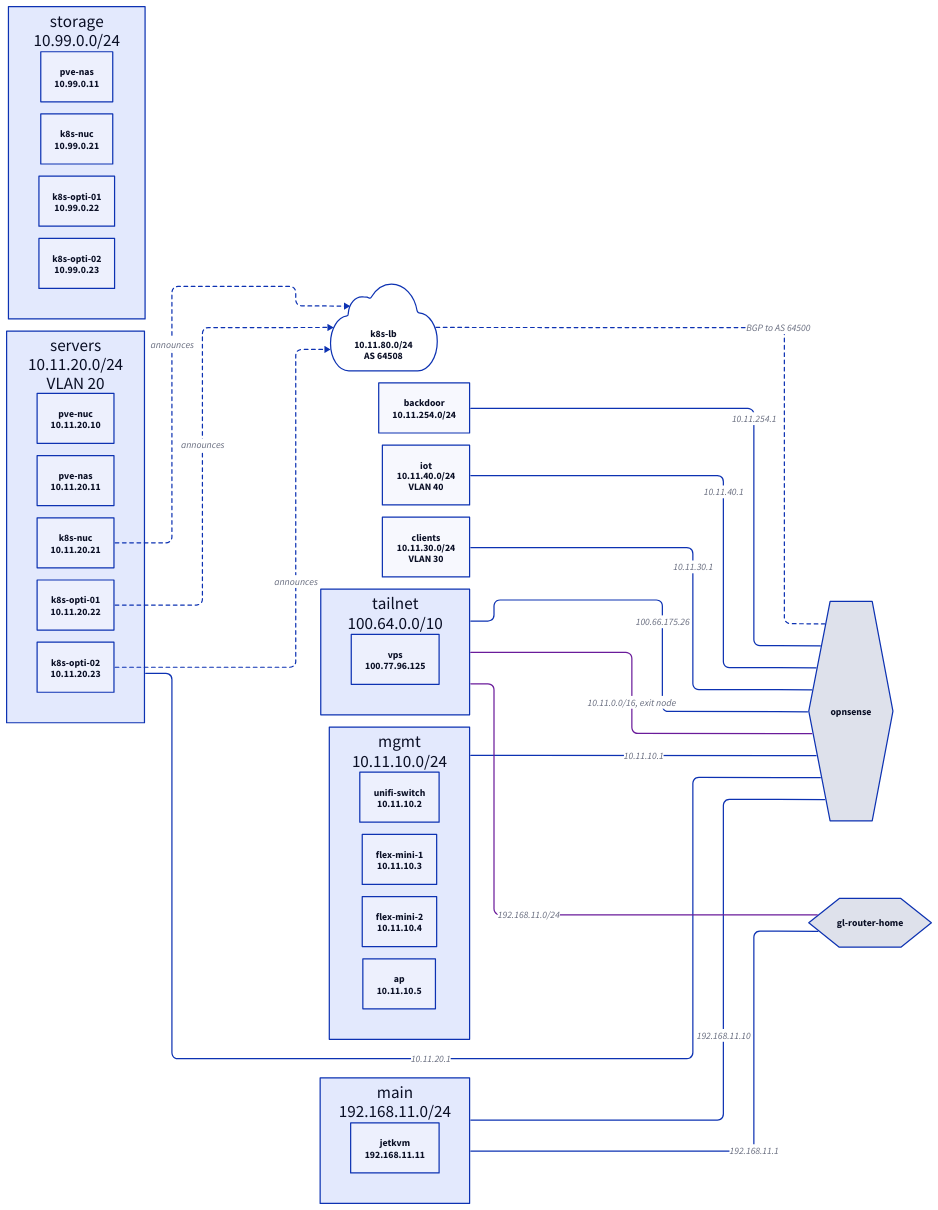
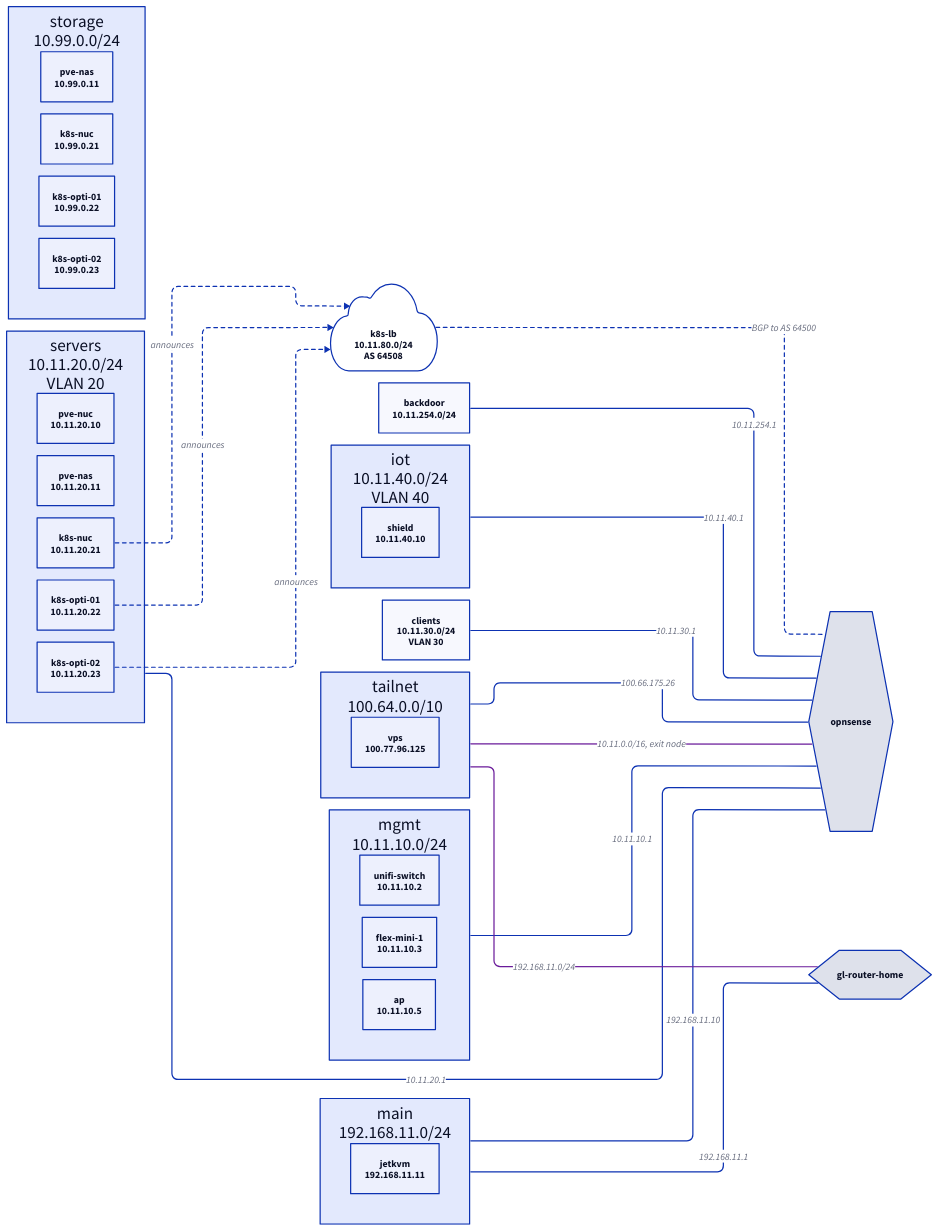
One commit to subbeh/home-ops changed the diagram in docs/diagrams/network.d2. Above: the diagram before and after it, drawn with D2. The commit also changed 7 other files, not shown here.

```diff
--- a/docs/diagrams/network.d2
+++ b/docs/diagrams/network.d2
@@ -1,66 +1,66 @@
 # GENERATED by just docs; do not edit. `just docs` renders it to network.svg.
 # The Networks from network.yaml with their addresses, the routers between them, the Pools
 # and the tailnet routes. A Network with no edge to a router is unrouted.
 direction: right
 # dagre routes edges through unrelated Network containers; elk doesn't.
 vars: {d2-config: {layout-engine: elk}}
 
 "gl-router-home": {shape: hexagon}
 "opnsense": {shape: hexagon}
 
 "main": {
   label: "main\n192.168.11.0/24"
   "jetkvm": "jetkvm\n192.168.11.11"
 }
 "main" -- "gl-router-home": "192.168.11.1"
 "main" -- "opnsense": "192.168.11.10"
 "mgmt": {
   label: "mgmt\n10.11.10.0/24"
   "unifi-switch": "unifi-switch\n10.11.10.2"
   "flex-mini-1": "flex-mini-1\n10.11.10.3"
-  "flex-mini-2": "flex-mini-2\n10.11.10.4"
   "ap": "ap\n10.11.10.5"
 }
 "mgmt" -- "opnsense": "10.11.10.1"
 "servers": {
   label: "servers\n10.11.20.0/24\nVLAN 20"
   "pve-nuc": "pve-nuc\n10.11.20.10"
   "pve-nas": "pve-nas\n10.11.20.11"
   "k8s-nuc": "k8s-nuc\n10.11.20.21"
   "k8s-opti-01": "k8s-opti-01\n10.11.20.22"
   "k8s-opti-02": "k8s-opti-02\n10.11.20.23"
 }
 "servers" -- "opnsense": "10.11.20.1"
 "clients": {
   label: "clients\n10.11.30.0/24\nVLAN 30"
 }
 "clients" -- "opnsense": "10.11.30.1"
 "iot": {
   label: "iot\n10.11.40.0/24\nVLAN 40"
+  "shield": "shield\n10.11.40.10"
 }
 "iot" -- "opnsense": "10.11.40.1"
 "backdoor": {
   label: "backdoor\n10.11.254.0/24"
 }
 "backdoor" -- "opnsense": "10.11.254.1"
 "storage": {
   label: "storage\n10.99.0.0/24"
   "pve-nas": "pve-nas\n10.99.0.11"
   "k8s-nuc": "k8s-nuc\n10.99.0.21"
   "k8s-opti-01": "k8s-opti-01\n10.99.0.22"
   "k8s-opti-02": "k8s-opti-02\n10.99.0.23"
 }
 "tailnet": {
   label: "tailnet\n100.64.0.0/10"
   "vps": "vps\n100.77.96.125"
 }
 "tailnet" -- "opnsense": "100.66.175.26"
 
 "k8s-lb": "k8s-lb\n10.11.80.0/24\nAS 64508" {shape: cloud}
 "k8s-lb" -- "opnsense": "BGP to AS 64500" {style.stroke-dash: 3}
 "servers"."k8s-nuc" -> "k8s-lb": announces {style.stroke-dash: 3}
 "servers"."k8s-opti-01" -> "k8s-lb": announces {style.stroke-dash: 3}
 "servers"."k8s-opti-02" -> "k8s-lb": announces {style.stroke-dash: 3}
 
 tailnet -- "opnsense": "10.11.0.0/16, exit node" {style.stroke: "#6A1B9A"}
 tailnet -- "gl-router-home": "192.168.11.0/24" {style.stroke: "#6A1B9A"}
```
